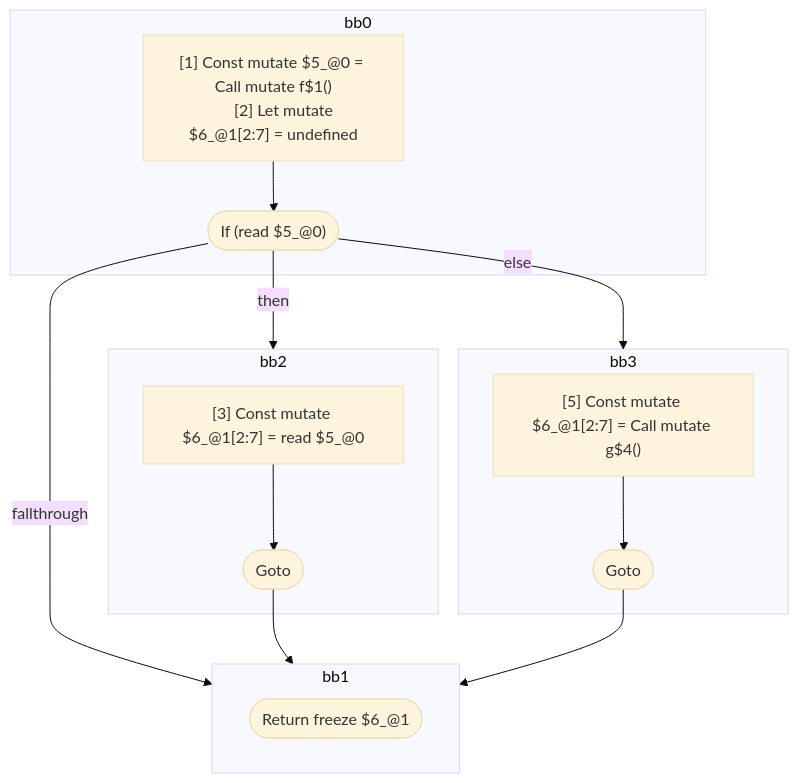
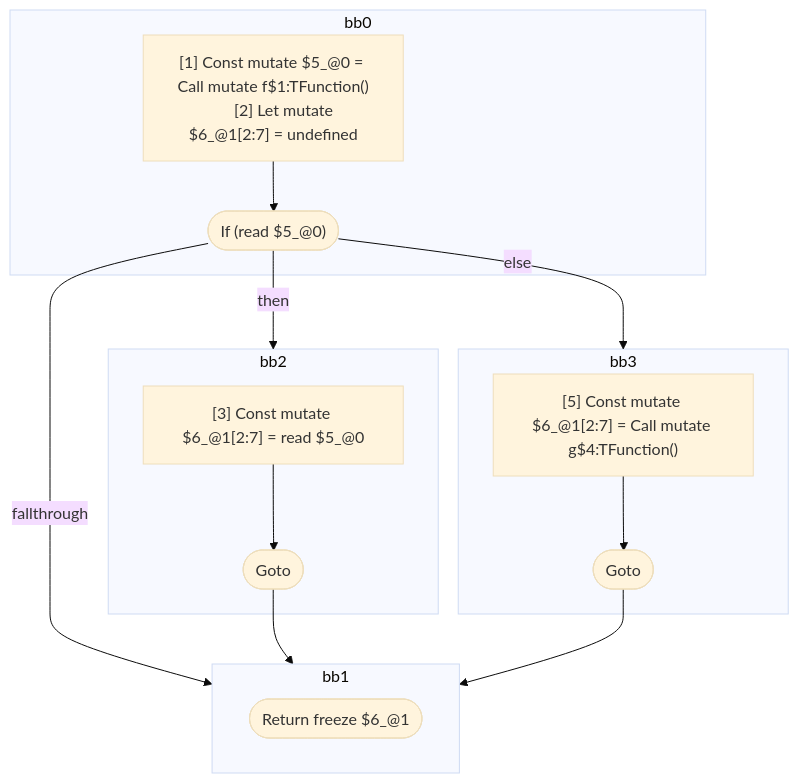
One commit to wutsmog/private changed the second of 5 diagrams in compiler/forget/src/__tests__/fixtures/hir/logical-expression.expect.md. Above: the diagram before and after it, drawn with Mermaid (base theme). The commit also changed other lines of this file and 112 other files, not shown here.

````diff
--- a/compiler/forget/src/__tests__/fixtures/hir/logical-expression.expect.md
+++ b/compiler/forget/src/__tests__/fixtures/hir/logical-expression.expect.md
@@ -160,34 +160,34 @@
 ```mermaid
 flowchart TB
   %% Basic Blocks
   subgraph bb0
     bb0_instrs["
-      [1] Const mutate $5_@0 = Call mutate f$1()
+      [1] Const mutate $5_@0 = Call mutate f$1:TFunction()
       [2] Let mutate $6_@1[2:7] = undefined
     "]
     bb0_instrs --> bb0_terminal(["If (read $5_@0)"])
   end
   subgraph bb2
     bb2_instrs["
       [3] Const mutate $6_@1[2:7] = read $5_@0
     "]
     bb2_instrs --> bb2_terminal(["Goto"])
   end
   subgraph bb3
     bb3_instrs["
-      [5] Const mutate $6_@1[2:7] = Call mutate g$4()
+      [5] Const mutate $6_@1[2:7] = Call mutate g$4:TFunction()
     "]
     bb3_instrs --> bb3_terminal(["Goto"])
   end
   subgraph bb1
     bb1_terminal(["Return freeze $6_@1"])
   end
 
   %% Jumps
   bb0_terminal -- "then" --> bb2
   bb0_terminal -- "else" --> bb3
   bb0_terminal -- "fallthrough" --> bb1
   bb2_terminal --> bb1
   bb3_terminal --> bb1
 
 ```
````
